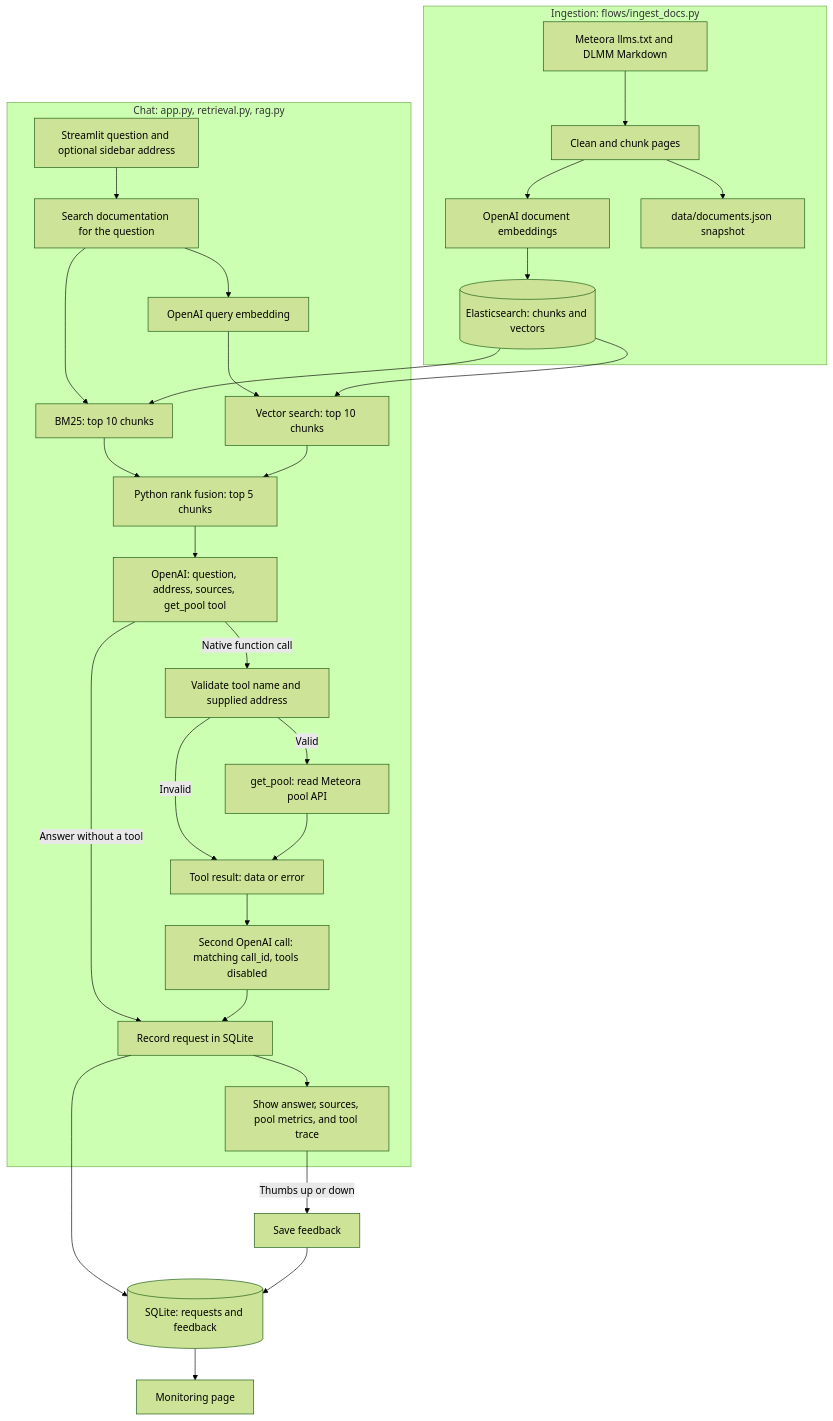
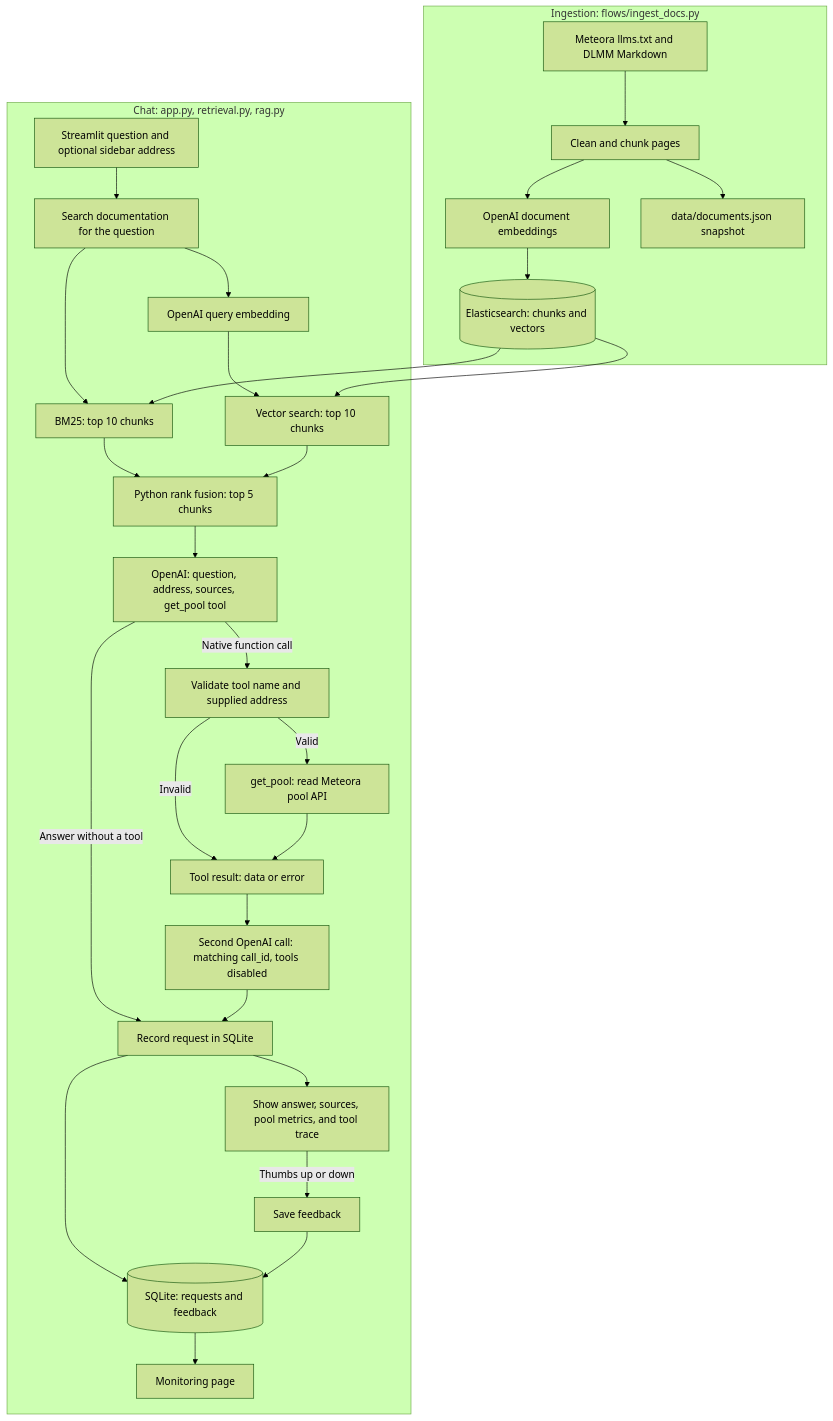
Before and after one commit to Nogromi/llmzoomcamp-capstone: the diagram in README.md, drawn with Mermaid (forest theme).

````diff
--- a/README.md
+++ b/README.md
@@ -9,34 +9,35 @@
 ```mermaid
 flowchart TD
     subgraph Indexing[Ingestion: flows/ingest_docs.py]
         Docs[Meteora llms.txt and DLMM Markdown] --> Chunks[Clean and chunk pages]
         Chunks --> Embed[OpenAI document embeddings]
         Embed --> ES[(Elasticsearch: chunks and vectors)]
         Chunks --> JSON[data/documents.json snapshot]
     end
 
     subgraph Chat[Chat: app.py, retrieval.py, rag.py]
         Input[Streamlit question and optional sidebar address] --> Search[Search documentation for the question]
         Search --> BM25[BM25: top 10 chunks]
         Search --> QueryEmbed[OpenAI query embedding]
         QueryEmbed --> Vector[Vector search: top 10 chunks]
         ES --> BM25
         ES --> Vector
         BM25 --> RRF[Python rank fusion: top 5 chunks]
         Vector --> RRF
         RRF --> LLM[OpenAI: question, address, sources, get_pool tool]
         LLM -->|Answer without a tool| Log[Record request in SQLite]
         LLM -->|Native function call| Validate[Validate tool name and supplied address]
         Validate -->|Valid| Pool[get_pool: read Meteora pool API]
         Validate -->|Invalid| Result[Tool result: data or error]
         Pool --> Result
         Result --> Final[Second OpenAI call: matching call_id, tools disabled]
         Final --> Log
         Log --> View[Show answer, sources, pool metrics, and tool trace]
+
+        Log --> DB[(SQLite: requests and feedback)]
+        View -->|Thumbs up or down| Feedback[Save feedback]
+        Feedback --> DB
+        DB --> Monitor[Monitoring page]
     end
 
-    Log --> DB[(SQLite: requests and feedback)]
-    View -->|Thumbs up or down| Feedback[Save feedback]
-    Feedback --> DB
-    DB --> Monitor[Monitoring page]
 ```
````
